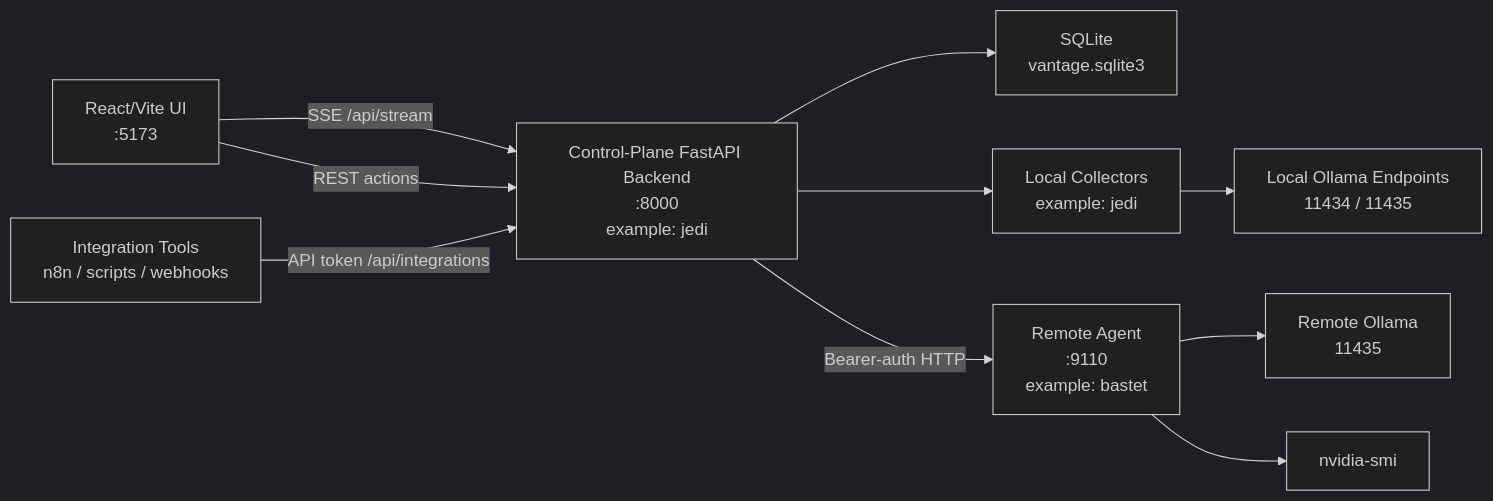
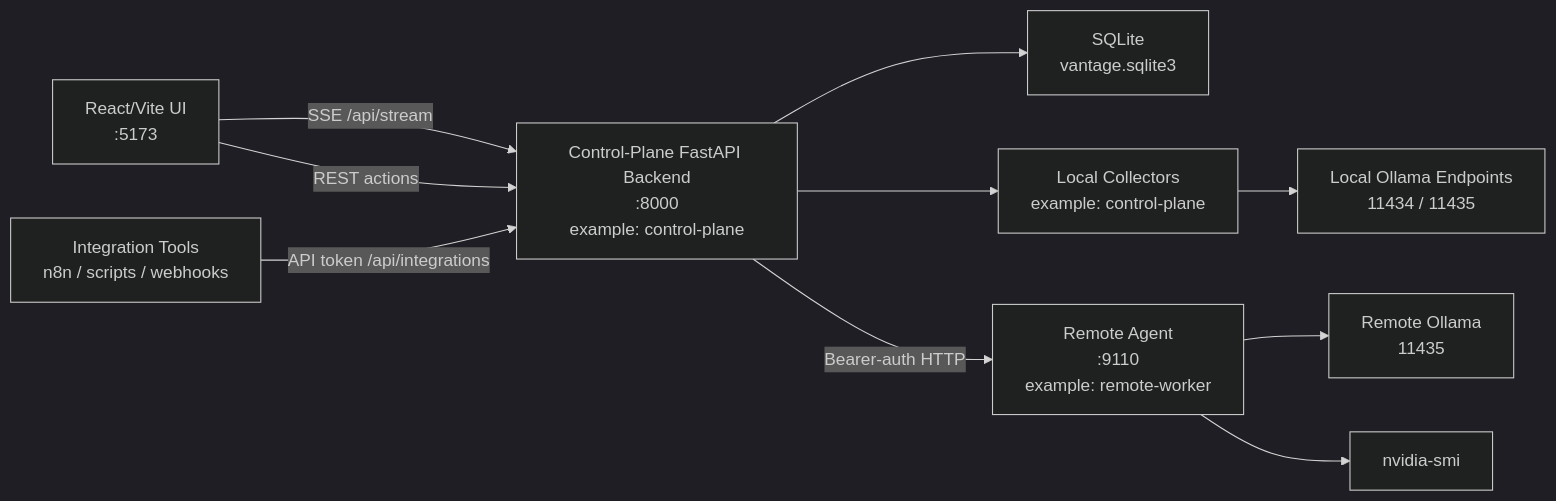
One commit to jbright471/Vantage changed the first of 2 diagrams in ARCHITECTURE.md. Above: the diagram before and after it, drawn with Mermaid (dark theme). The commit also changed other lines of this file and 60 other files, not shown here.

````diff
--- a/ARCHITECTURE.md
+++ b/ARCHITECTURE.md
@@ -16,22 +16,22 @@
 ```mermaid
 flowchart LR
     Browser["React/Vite UI<br/><operator-host>:5173"]
-    Backend["Control-Plane FastAPI Backend<br/><control-plane-host>:8000<br/>example: jedi"]
+    Backend["Control-Plane FastAPI Backend<br/><control-plane-host>:8000<br/>example: control-plane"]
     DB["SQLite<br/>vantage.sqlite3"]
-    LocalCollectors["Local Collectors<br/>example: jedi"]
+    LocalCollectors["Local Collectors<br/>example: control-plane"]
     Integrations["Integration Tools<br/>n8n / scripts / webhooks"]
     OllamaJ["Local Ollama Endpoints<br/>11434 / 11435"]
-    Agent["Remote Agent<br/><remote-agent-ip>:9110<br/>example: bastet"]
+    Agent["Remote Agent<br/><remote-agent-ip>:9110<br/>example: remote-worker"]
     OllamaB["Remote Ollama<br/>11435"]
     GPU["nvidia-smi"]
 
     Browser -- "SSE /api/stream" --> Backend
     Browser -- "REST actions" --> Backend
     Integrations -- "API token /api/integrations" --> Backend
     Backend --> DB
     Backend --> LocalCollectors
     LocalCollectors --> OllamaJ
     Backend -- "Bearer-auth HTTP" --> Agent
     Agent --> OllamaB
     Agent --> GPU
 ```
````
